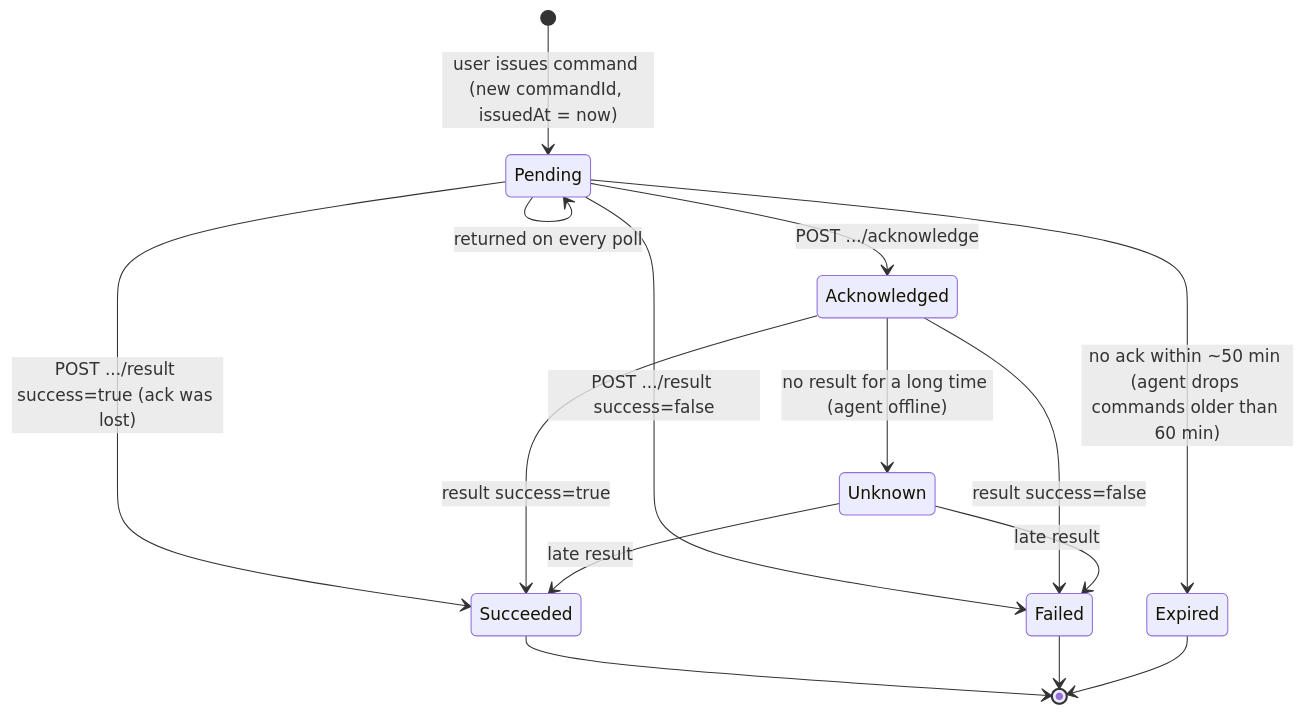
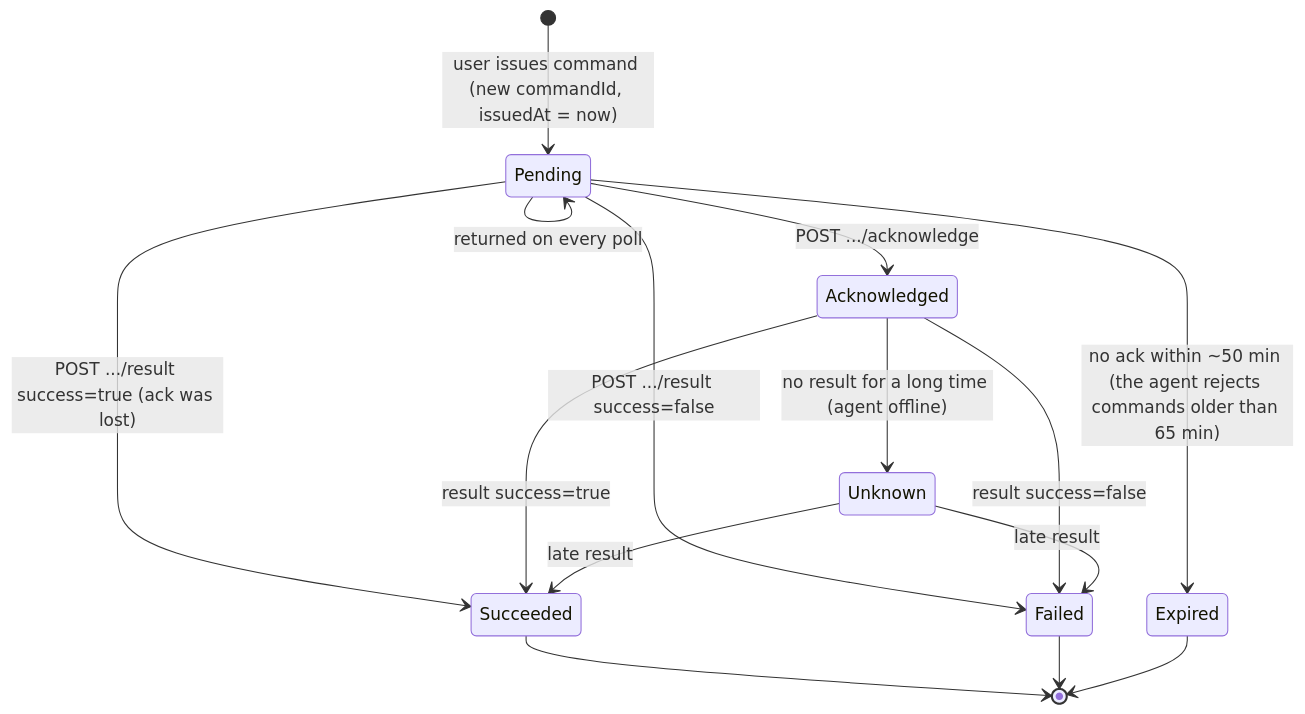
Before and after one commit to angatiabenson/watch-tower: the first of 2 diagrams in guides/portal-api/08-commands.md, drawn with Mermaid. The commit also changed other lines of this file and 16 other files, not shown here.

````diff
--- a/guides/portal-api/08-commands.md
+++ b/guides/portal-api/08-commands.md
@@ -15,17 +15,17 @@
 ```mermaid
 stateDiagram-v2
     [*] --> Pending: user issues command (new commandId, issuedAt = now)
     Pending --> Pending: returned on every poll
     Pending --> Acknowledged: POST .../acknowledge
     Pending --> Succeeded: POST .../result success=true (ack was lost)
     Pending --> Failed: POST .../result success=false
-    Pending --> Expired: no ack within ~50 min (agent drops commands older than 60 min)
+    Pending --> Expired: no ack within ~50 min (the agent rejects commands older than 65 min)
     Acknowledged --> Succeeded: result success=true
     Acknowledged --> Failed: result success=false
     Acknowledged --> Unknown: no result for a long time (agent offline)
     Unknown --> Succeeded: late result
     Unknown --> Failed: late result
     Succeeded --> [*]
     Failed --> [*]
     Expired --> [*]
 ```
````
